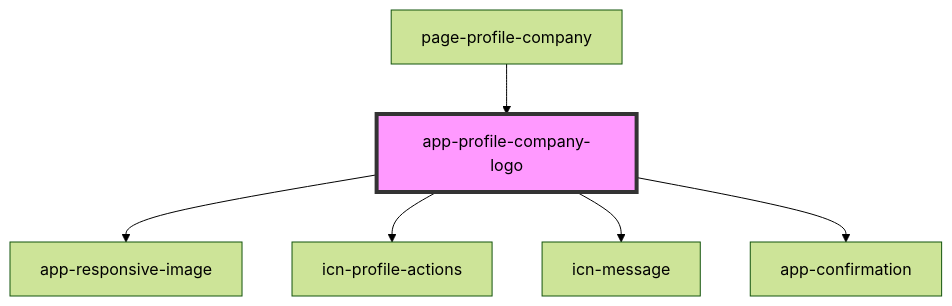
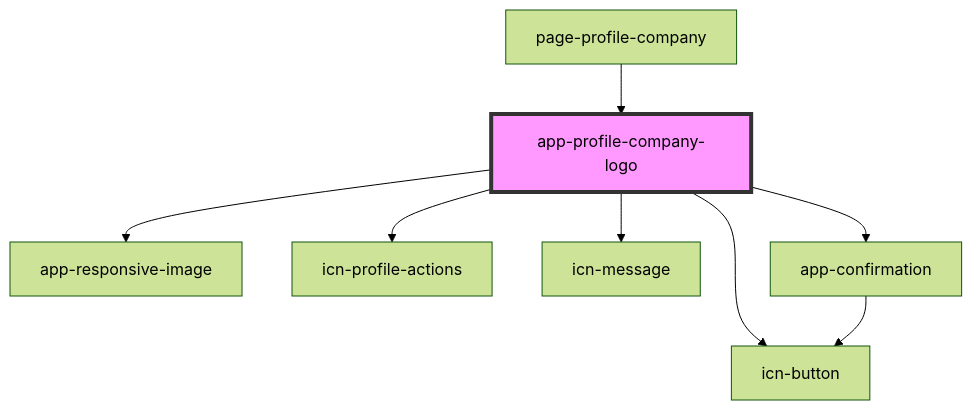
The diagram in iconeventnetwork-web/src/components/app-profile-company-logo/readme.md (lokheed/IconEventNetwork.Web), drawn with Mermaid (forest theme) before and after one commit. The commit also changed other lines of this file and 61 other files, not shown here.

First line of the commit message:
Created icn-button component

````diff
--- a/iconeventnetwork-web/src/components/app-profile-company-logo/readme.md
+++ b/iconeventnetwork-web/src/components/app-profile-company-logo/readme.md
@@ -31,9 +32,11 @@
 ```mermaid
 graph TD;
   app-profile-company-logo --> app-responsive-image
   app-profile-company-logo --> icn-profile-actions
   app-profile-company-logo --> icn-message
+  app-profile-company-logo --> icn-button
   app-profile-company-logo --> app-confirmation
+  app-confirmation --> icn-button
   page-profile-company --> app-profile-company-logo
   style app-profile-company-logo fill:#f9f,stroke:#333,stroke-width:4px
 ```
````
